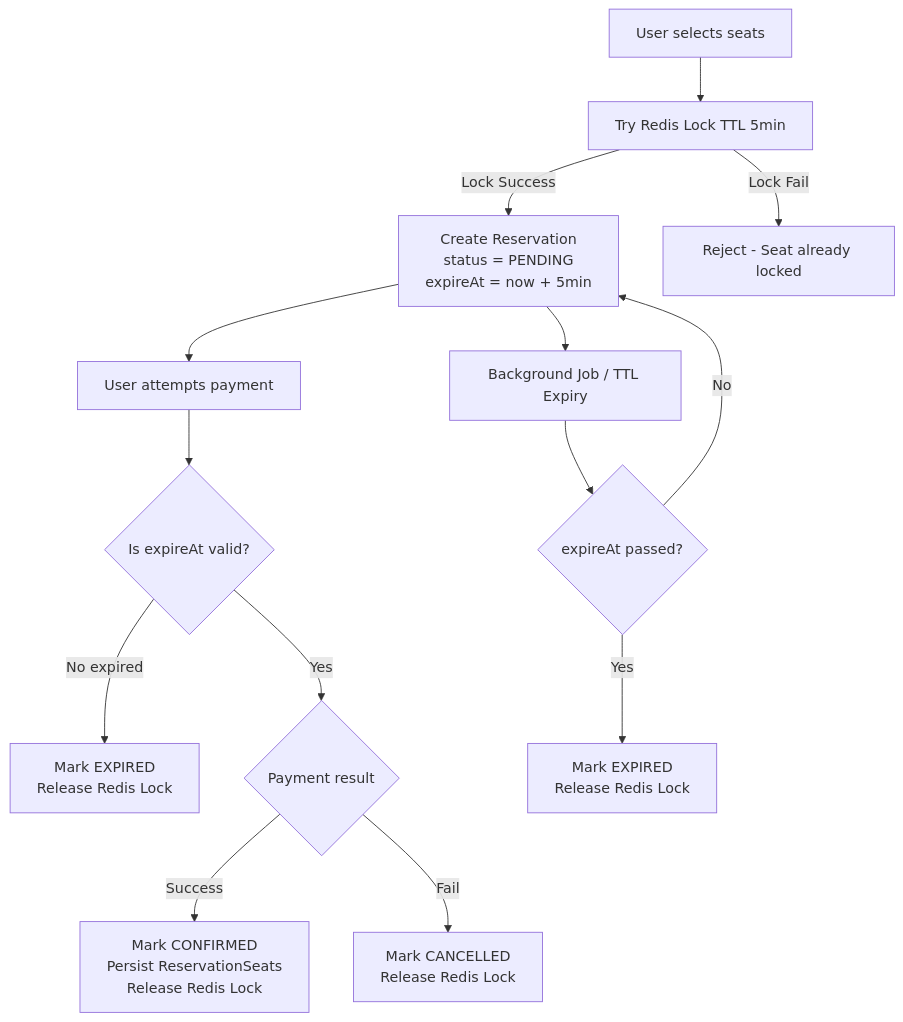
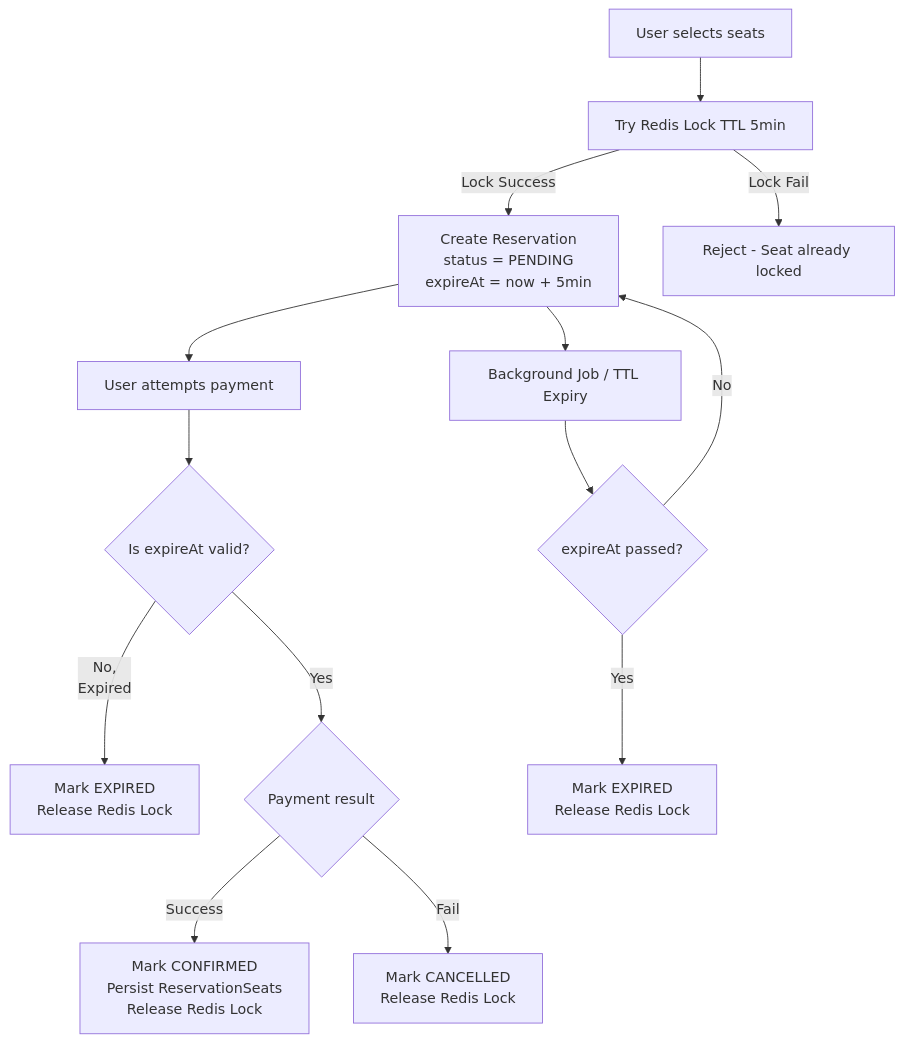
The diagram in README.md (Reserix/reserix-api), drawn with Mermaid before and after one commit.

Commit message:
[Fix] Update the README

````diff
--- a/README.md
+++ b/README.md
@@ -59,25 +59,25 @@
 ```mermaid
 flowchart TD
     A[User selects seats] --> B[Try Redis Lock TTL 5min]
 
     B -->|Lock Success| C[Create Reservation<br/>status = PENDING<br/>expireAt = now + 5min]
     B -->|Lock Fail| Z[Reject - Seat already locked]
 
     C --> D[User attempts payment]
 
     D --> E{Is expireAt valid?}
 
-    E -->|No expired| F[Mark EXPIRED<br/>Release Redis Lock]
+    E -->|No,<br/>Expired| F[Mark EXPIRED<br/>Release Redis Lock]
     E -->|Yes| G{Payment result}
 
     G -->|Success| H[Mark CONFIRMED<br/>Persist ReservationSeats<br/>Release Redis Lock]
 
     G -->|Fail| I[Mark CANCELLED<br/>Release Redis Lock]
 
     C --> J[Background Job / TTL Expiry]
 
     J --> K{expireAt passed?}
 
     K -->|Yes| L[Mark EXPIRED<br/>Release Redis Lock]
     K -->|No| C
 ```
````
